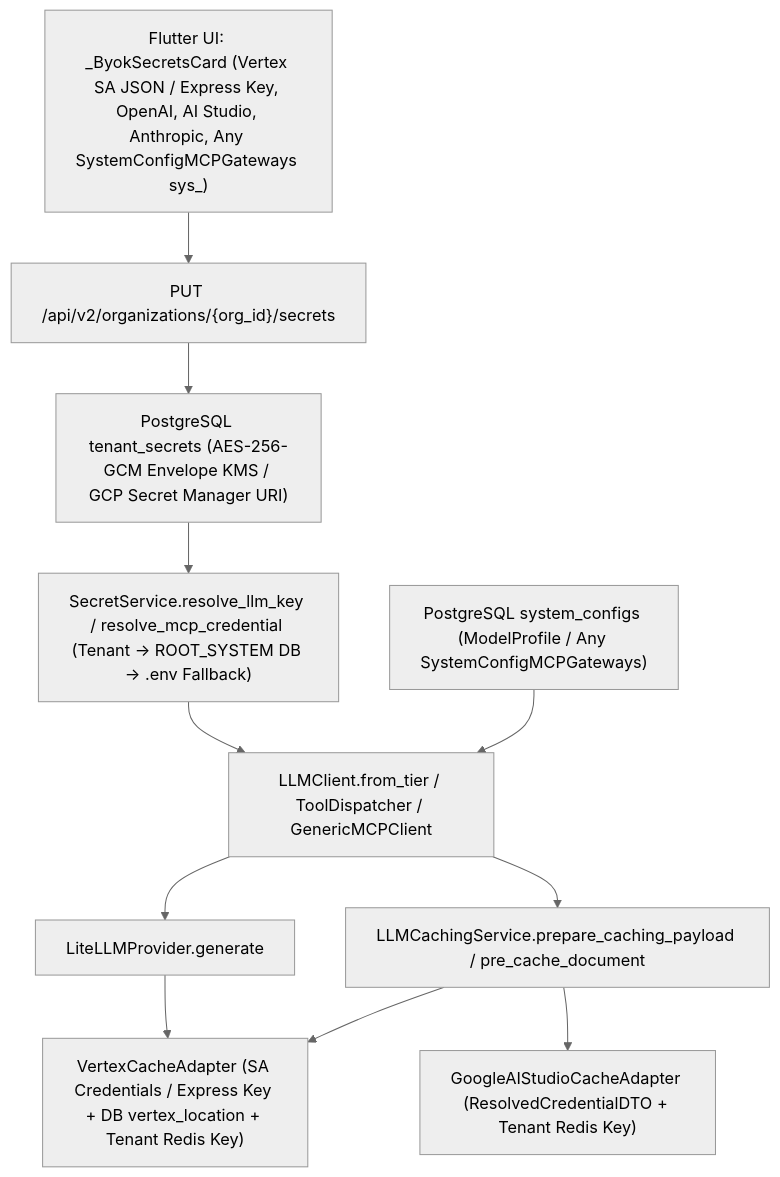
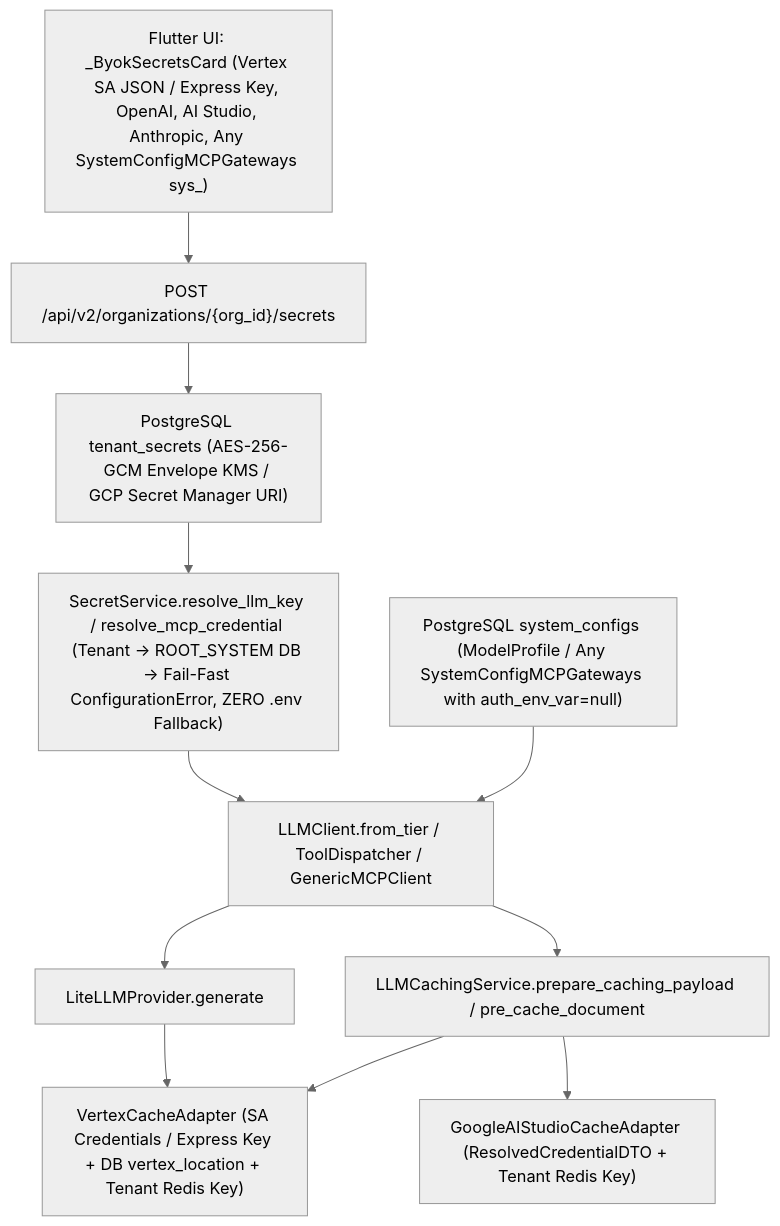
The diagram in docs/implementationplans/IMPLEMENTATION_PLAN_Vertex_AI_BYOK_And_Runtime_SSOT.md (launis/quorum), drawn with Mermaid (neutral theme) before and after one commit. The commit also changed other lines of this file and 6 other files, not shown here.

First line of the commit message:
feat(auth): enforce database-only secret resolution with zero env fallback

````diff
--- a/docs/implementationplans/IMPLEMENTATION_PLAN_Vertex_AI_BYOK_And_Runtime_SSOT.md
+++ b/docs/implementationplans/IMPLEMENTATION_PLAN_Vertex_AI_BYOK_And_Runtime_SSOT.md
@@ -21,13 +27,13 @@
 ```mermaid
 flowchart TD
-    UI["Flutter UI: _ByokSecretsCard (Vertex SA JSON / Express Key, OpenAI, AI Studio, Anthropic, Any SystemConfigMCPGateways sys_<hex32>)"] --> API["PUT /api/v2/organizations/{org_id}/secrets"]
+    UI["Flutter UI: _ByokSecretsCard (Vertex SA JSON / Express Key, OpenAI, AI Studio, Anthropic, Any SystemConfigMCPGateways sys_<hex32>)"] --> API["POST /api/v2/organizations/{org_id}/secrets"]
     API --> DB_SEC["PostgreSQL tenant_secrets (AES-256-GCM Envelope KMS / GCP Secret Manager URI)"]
-    DB_CFG["PostgreSQL system_configs (ModelProfile / Any SystemConfigMCPGateways)"] --> CLIENT["LLMClient.from_tier / ToolDispatcher / GenericMCPClient"]
-    DB_SEC --> SEC_SVC["SecretService.resolve_llm_key / resolve_mcp_credential (Tenant -> ROOT_SYSTEM DB -> .env Fallback)"]
+    DB_CFG["PostgreSQL system_configs (ModelProfile / Any SystemConfigMCPGateways with auth_env_var=null)"] --> CLIENT["LLMClient.from_tier / ToolDispatcher / GenericMCPClient"]
+    DB_SEC --> SEC_SVC["SecretService.resolve_llm_key / resolve_mcp_credential (Tenant -> ROOT_SYSTEM DB -> Fail-Fast ConfigurationError, ZERO .env Fallback)"]
     SEC_SVC --> CLIENT
     CLIENT --> CACHE_SVC["LLMCachingService.prepare_caching_payload / pre_cache_document"]
     CLIENT --> PROVIDER["LiteLLMProvider.generate"]
     CACHE_SVC --> VERTEX_ADAPTER["VertexCacheAdapter (SA Credentials / Express Key + DB vertex_location + Tenant Redis Key)"]
     CACHE_SVC --> AISTUDIO_ADAPTER["GoogleAIStudioCacheAdapter (ResolvedCredentialDTO + Tenant Redis Key)"]
     PROVIDER --> VERTEX_ADAPTER
 ```
````
